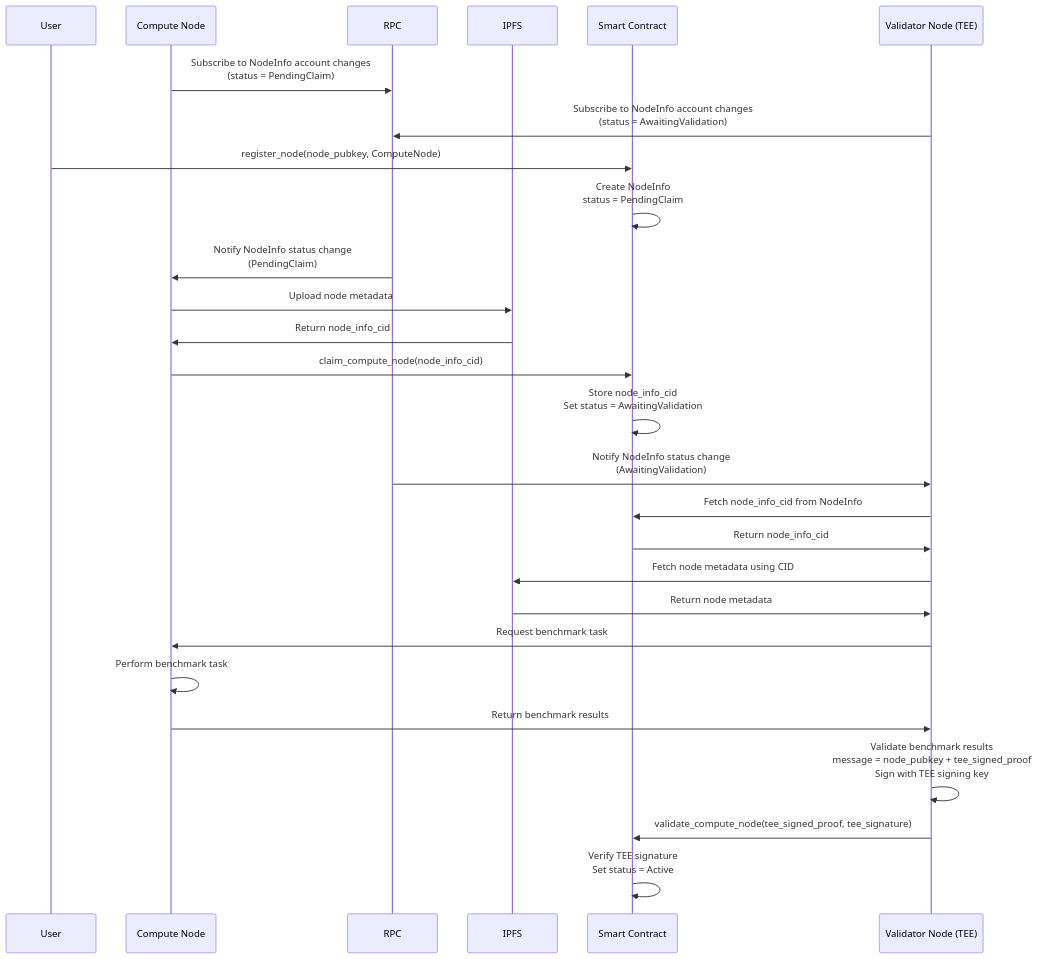
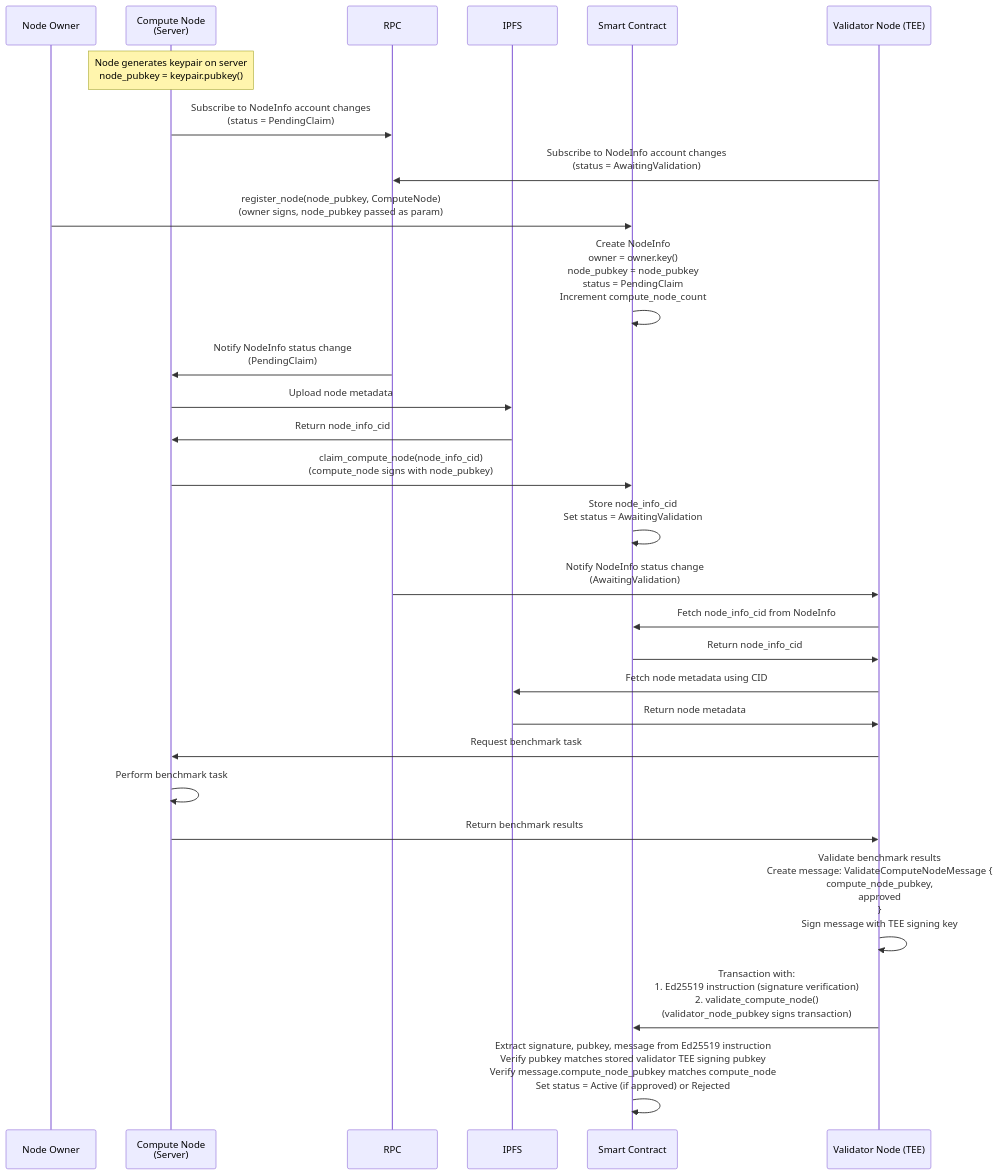
One commit to JorgeCosta87/decentralized-autonomous-computing changed the third of 13 diagrams in docs/design.md. Above: the diagram before and after it, drawn with Mermaid. The commit also changed other lines of this file and 14 other files, not shown here.

````diff
--- a/docs/design.md
+++ b/docs/design.md
@@ -212,38 +215,39 @@
 ```mermaid
 sequenceDiagram
-    participant User as User
-    participant CN as Compute Node
+    participant Owner as Node Owner
+    participant CN as Compute Node<br/>(Server)
     participant RPC as RPC
     participant IPFS as IPFS
     participant DAC as Smart Contract
     participant VN as Validator Node (TEE)
     
+    Note over CN: Node generates keypair on server<br/>node_pubkey = keypair.pubkey()
     CN->>RPC: Subscribe to NodeInfo account changes<br/>(status = PendingClaim)
     VN->>RPC: Subscribe to NodeInfo account changes<br/>(status = AwaitingValidation)
     
-    User->>DAC: register_node(node_pubkey, ComputeNode)
-    DAC->>DAC: Create NodeInfo<br/>status = PendingClaim
+    Owner->>DAC: register_node(node_pubkey, ComputeNode)<br/>(owner signs, node_pubkey passed as param)
+    DAC->>DAC: Create NodeInfo<br/>owner = owner.key()<br/>node_pubkey = node_pubkey<br/>status = PendingClaim<br/>Increment compute_node_count
     
     RPC->>CN: Notify NodeInfo status change<br/>(PendingClaim)
     
     CN->>IPFS: Upload node metadata
     IPFS->>CN: Return node_info_cid
-    CN->>DAC: claim_compute_node(node_info_cid)
+    CN->>DAC: claim_compute_node(node_info_cid)<br/>(compute_node signs with node_pubkey)
     DAC->>DAC: Store node_info_cid<br/>Set status = AwaitingValidation
     
     RPC->>VN: Notify NodeInfo status change<br/>(AwaitingValidation)
     
     VN->>DAC: Fetch node_info_cid from NodeInfo
     DAC->>VN: Return node_info_cid
     
     VN->>IPFS: Fetch node metadata using CID
     IPFS->>VN: Return node metadata
     
     VN->>CN: Request benchmark task
     CN->>CN: Perform benchmark task
     CN->>VN: Return benchmark results
     
-    VN->>VN: Validate benchmark results<br/>message = node_pubkey + tee_signed_proof<br/>Sign with TEE signing key
-    VN->>DAC: validate_compute_node(tee_signed_proof, tee_signature)
-    DAC->>DAC: Verify TEE signature<br/>Set status = Active
+    VN->>VN: Validate benchmark results<br/>Create message: ValidateComputeNodeMessage {<br/>  compute_node_pubkey,<br/>  approved<br/>}<br/>Sign message with TEE signing key
+    VN->>DAC: Transaction with:<br/>1. Ed25519 instruction (signature verification)<br/>2. validate_compute_node()<br/>(validator_node_pubkey signs transaction)
+    DAC->>DAC: Extract signature, pubkey, message from Ed25519 instruction<br/>Verify pubkey matches stored validator TEE signing pubkey<br/>Verify message.compute_node_pubkey matches compute_node<br/>Set status = Active (if approved) or Rejected
 ```
````
